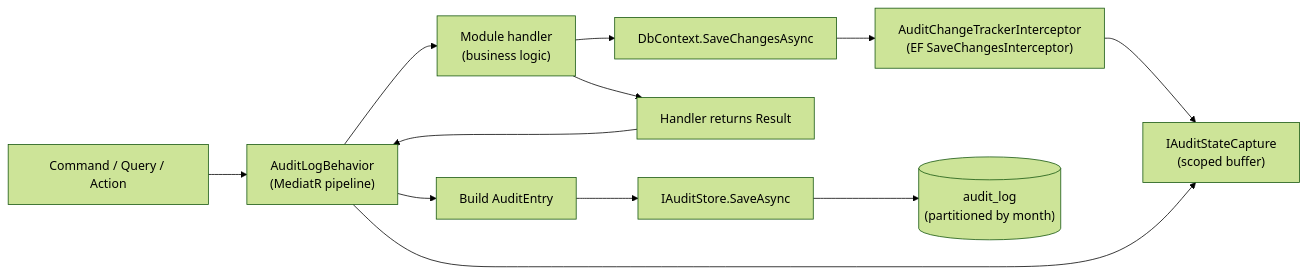
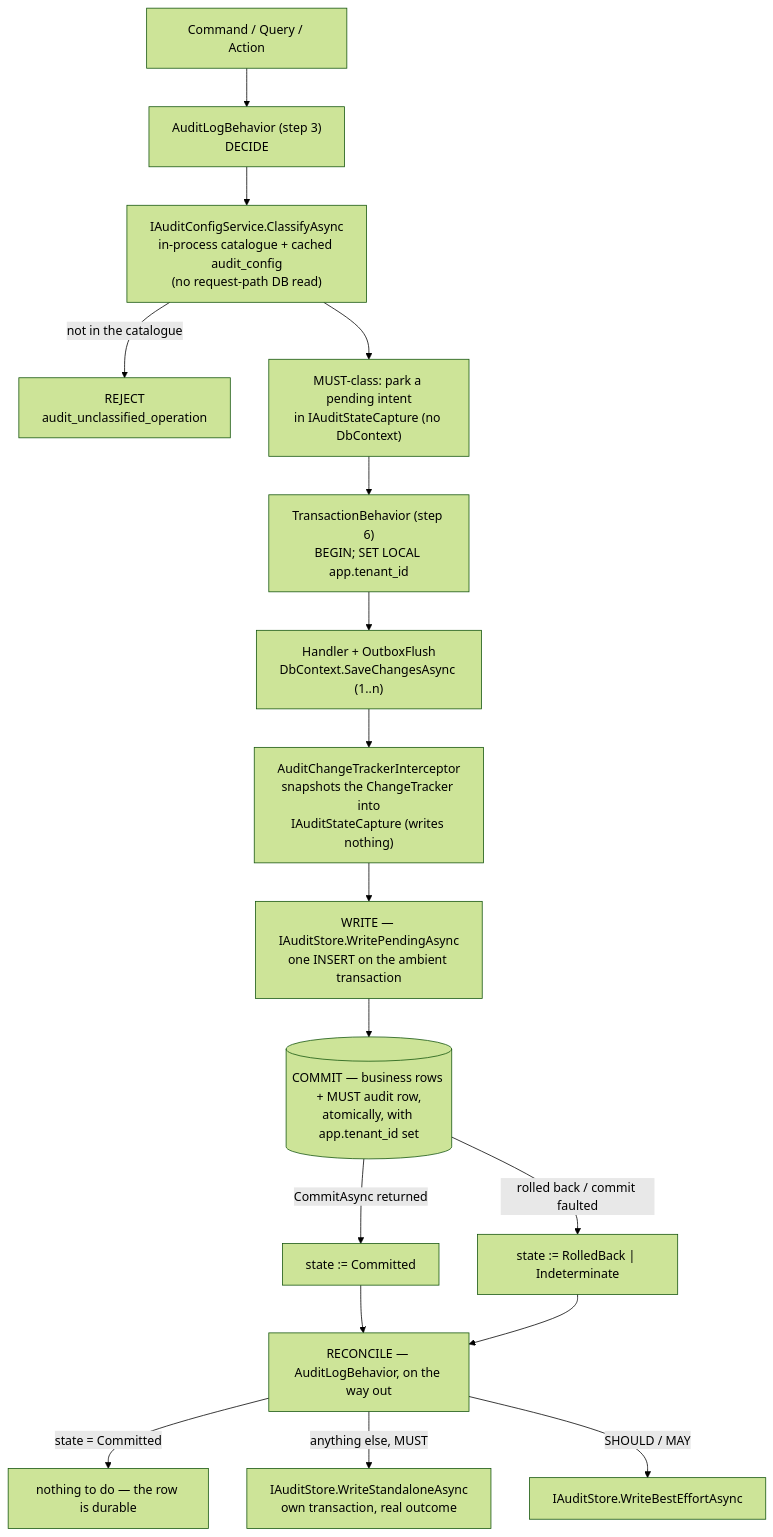
Before and after one commit to HodeTech/LearnStack: the diagram in docs/architecture/31-audit-subsystem.md, drawn with Mermaid (forest theme). The commit also changed other lines of this file and 97 other files, not shown here.

First line of the commit message:
docs: restructure the roadmap around the one-way-door test, and close 151 audit findings (#9)

````diff
--- a/docs/architecture/31-audit-subsystem.md
+++ b/docs/architecture/31-audit-subsystem.md
@@ -13,14 +55,19 @@
 ```mermaid
-flowchart LR
-    Cmd["Command / Query / Action"] --> Behavior["AuditLogBehavior<br/>(MediatR pipeline)"]
-    Behavior --> Handler["Module handler<br/>(business logic)"]
-    Handler --> SaveChanges["DbContext.SaveChangesAsync"]
-    SaveChanges --> Interceptor["AuditChangeTrackerInterceptor<br/>(EF SaveChangesInterceptor)"]
-    Interceptor --> Buffer["IAuditStateCapture<br/>(scoped buffer)"]
-    Handler --> ReturnsResult["Handler returns Result<T>"]
-    ReturnsResult --> Behavior
-    Behavior --> Buffer
-    Behavior --> Build["Build AuditEntry"]
-    Build --> Store["IAuditStore.SaveAsync"]
-    Store --> Table[("audit_log<br/>(partitioned by month)")]
+flowchart TB
+    Cmd["Command / Query / Action"] --> Behavior["AuditLogBehavior (step 3)<br/>DECIDE"]
+    Behavior --> Config["IAuditConfigService.ClassifyAsync<br/>in-process catalogue + cached audit_config<br/>(no request-path DB read)"]
+    Config -->|"not in the catalogue"| Closed["REJECT<br/>audit_unclassified_operation"]
+    Config --> Intent["MUST-class: park a pending intent<br/>in IAuditStateCapture (no DbContext)"]
+    Intent --> Tx["TransactionBehavior (step 6)<br/>BEGIN; SET LOCAL app.tenant_id"]
+    Tx --> Handler["Handler + OutboxFlush<br/>DbContext.SaveChangesAsync (1..n)"]
+    Handler --> Capture["AuditChangeTrackerInterceptor<br/>snapshots the ChangeTracker into<br/>IAuditStateCapture (writes nothing)"]
+    Capture --> Write["WRITE — IAuditStore.WritePendingAsync<br/>one INSERT on the ambient transaction"]
+    Write --> Commit[("COMMIT — business rows + MUST audit row,<br/>atomically, with app.tenant_id set")]
+    Commit -->|"CommitAsync returned"| Ok["state := Committed"]
+    Commit -->|"rolled back / commit faulted"| NotOk["state := RolledBack | Indeterminate"]
+    Ok --> Recon["RECONCILE — AuditLogBehavior, on the way out"]
+    NotOk --> Recon
+    Recon -->|"state = Committed"| Done["nothing to do — the row is durable"]
+    Recon -->|"anything else, MUST"| Standalone["IAuditStore.WriteStandaloneAsync<br/>own transaction, real outcome"]
+    Recon -->|"SHOULD / MAY"| Best["IAuditStore.WriteBestEffortAsync"]
 ```
````
